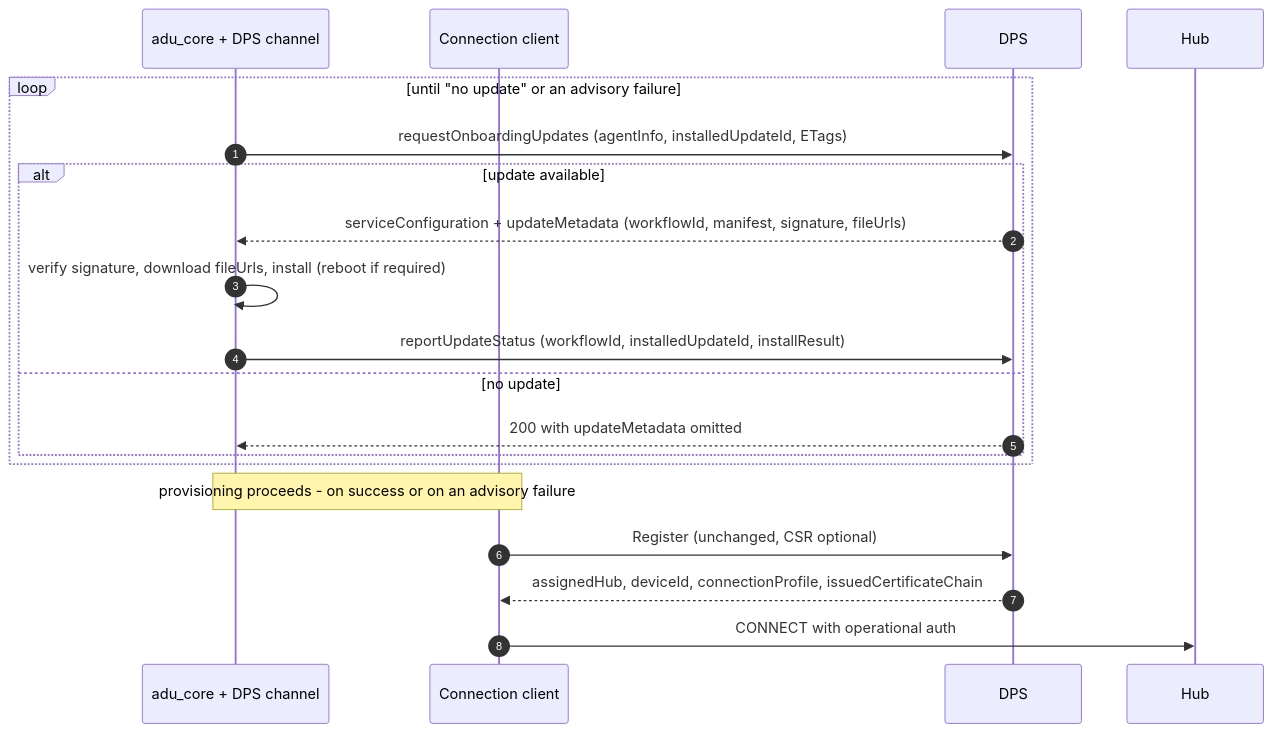
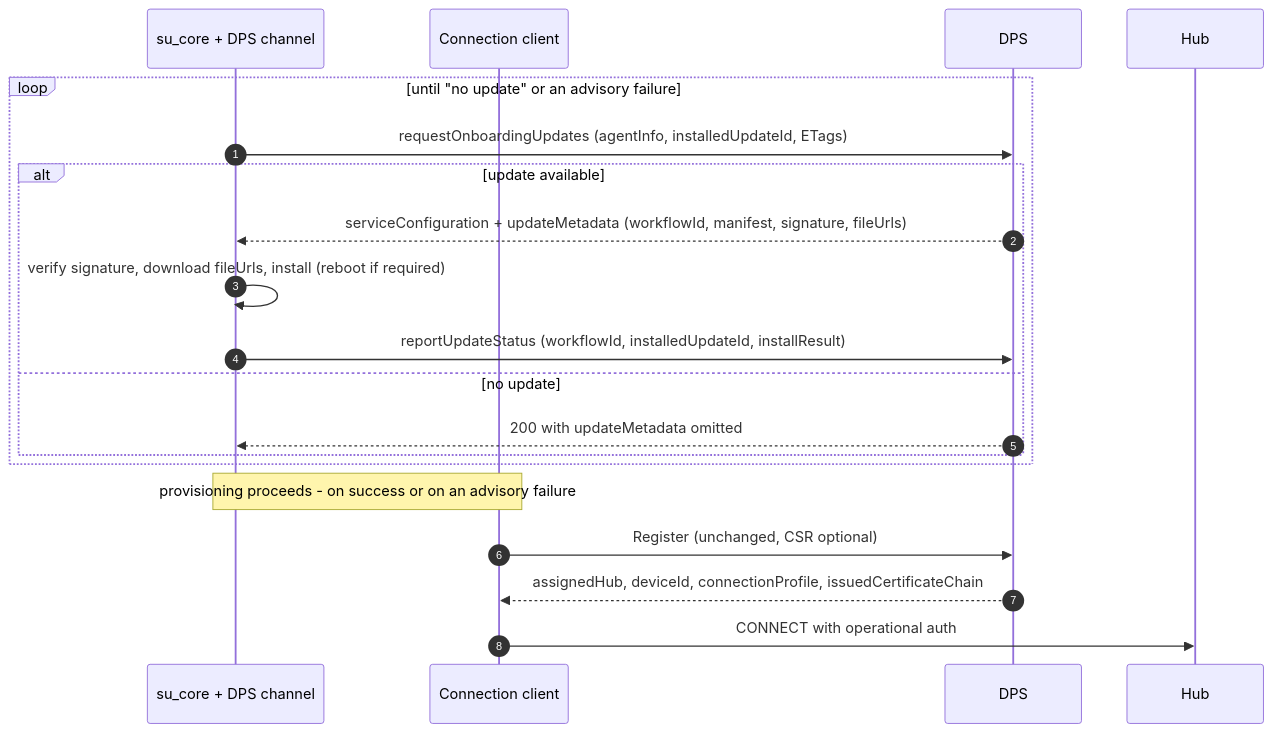
Before and after one commit to Azure/azure-iot-sdk: the seventh of 9 diagrams in c/docs/connection.md, drawn with Mermaid. The commit also changed other lines of this file and 144 other files, not shown here.

````diff
--- a/c/docs/connection.md
+++ b/c/docs/connection.md
@@ -516,24 +516,24 @@
 ```mermaid
 sequenceDiagram
     autonumber
-    participant ADU as adu_core + DPS channel
+    participant SU as su_core + DPS channel
     participant Conn as Connection client
     participant DPS
     participant Hub
 
     loop until "no update" or an advisory failure
-        ADU->>DPS: requestOnboardingUpdates (agentInfo, installedUpdateId, ETags)
+        SU->>DPS: requestOnboardingUpdates (agentInfo, installedUpdateId, ETags)
         alt update available
-            DPS-->>ADU: serviceConfiguration + updateMetadata (workflowId, manifest, signature, fileUrls)
-            ADU->>ADU: verify signature, download fileUrls, install (reboot if required)
-            ADU->>DPS: reportUpdateStatus (workflowId, installedUpdateId, installResult)
+            DPS-->>SU: serviceConfiguration + updateMetadata (workflowId, manifest, signature, fileUrls)
+            SU->>SU: verify signature, download fileUrls, install (reboot if required)
+            SU->>DPS: reportUpdateStatus (workflowId, installedUpdateId, installResult)
         else no update
-            DPS-->>ADU: 200 with updateMetadata omitted
+            DPS-->>SU: 200 with updateMetadata omitted
         end
     end
 
-    Note over ADU,Conn: provisioning proceeds - on success or on an advisory failure
+    Note over SU,Conn: provisioning proceeds - on success or on an advisory failure
     Conn->>DPS: Register (unchanged, CSR optional)
     DPS-->>Conn: assignedHub, deviceId, connectionProfile, issuedCertificateChain
     Conn->>Hub: CONNECT with operational auth
 ```
````
